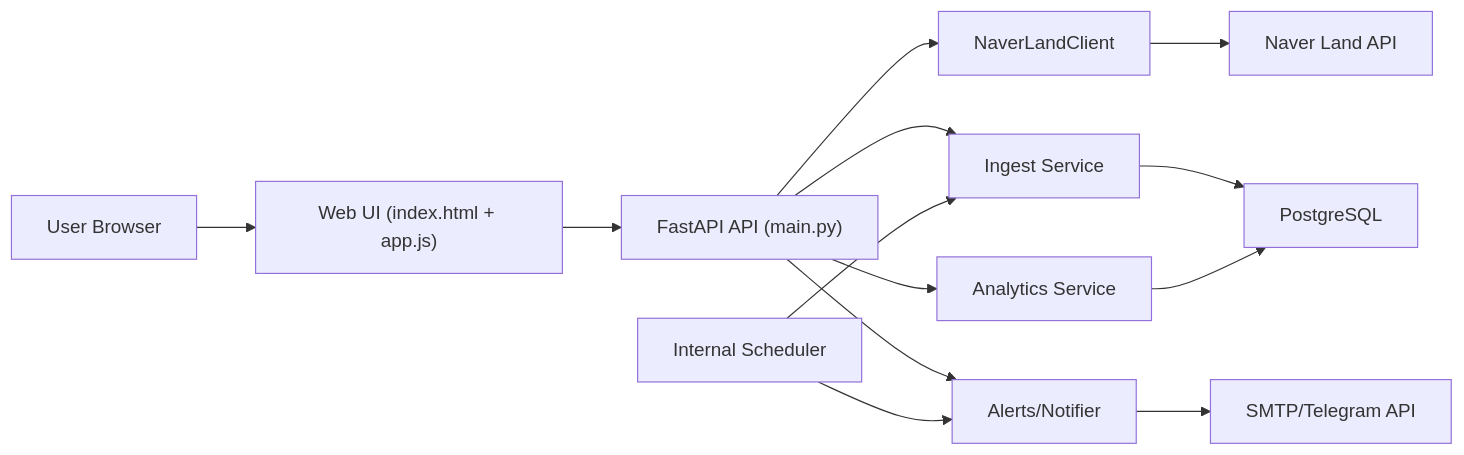
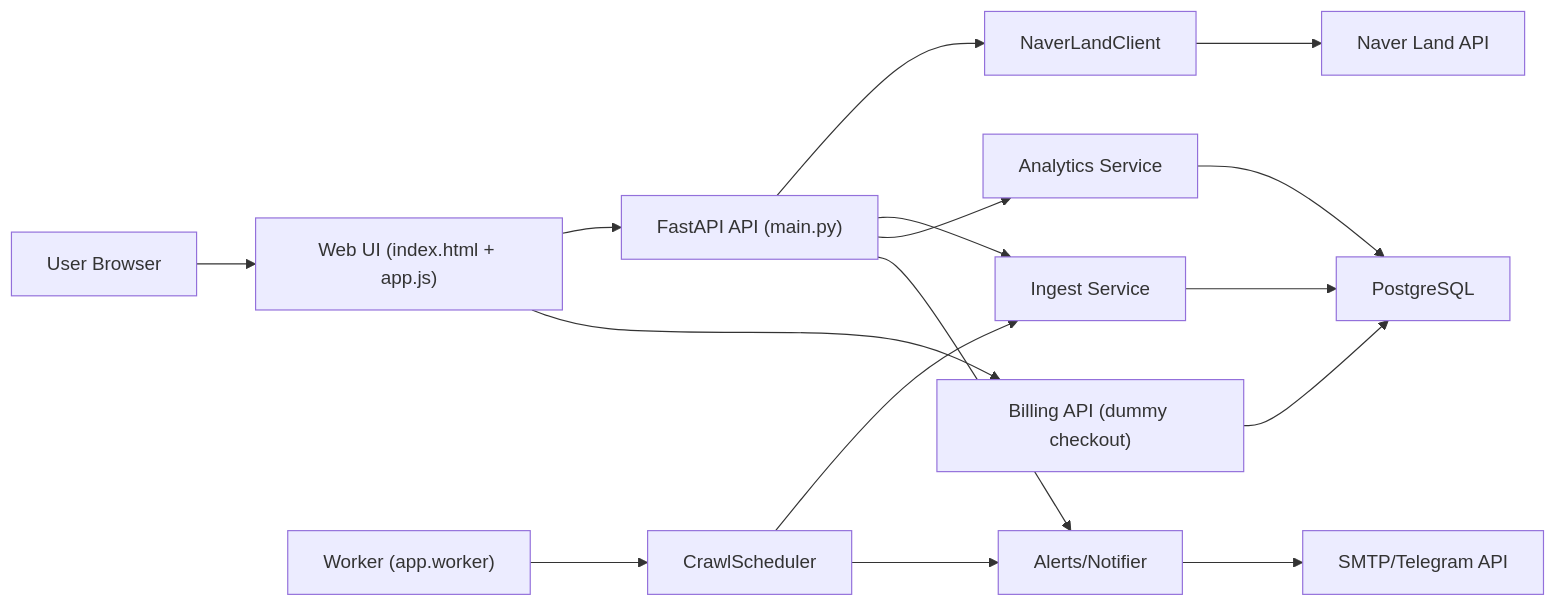
Before and after one commit to jeonggyujang1/naver_real_estate_crawler: the diagram in backend/TECHNICAL_ARCHITECTURE_KR.md, drawn with Mermaid. The commit also changed other lines of this file and 1 other file, not shown here.

Commit message:
docs: document worker split and dummy billing flow

````diff
--- a/backend/TECHNICAL_ARCHITECTURE_KR.md
+++ b/backend/TECHNICAL_ARCHITECTURE_KR.md
@@ -48,15 +53,18 @@
 ```mermaid
 flowchart LR
   U["User Browser"] --> W["Web UI (index.html + app.js)"]
   W --> A["FastAPI API (main.py)"]
+  W --> B["Billing API (dummy checkout)"]
   A --> C["NaverLandClient"]
   C --> N["Naver Land API"]
   A --> I["Ingest Service"]
   I --> D["PostgreSQL"]
   A --> X["Analytics Service"]
   X --> D
   A --> L["Alerts/Notifier"]
   L --> M["SMTP/Telegram API"]
-  S["Internal Scheduler"] --> I
+  K["Worker (app.worker)"] --> S["CrawlScheduler"]
+  S --> I
   S --> L
+  B --> D
 ```
````
